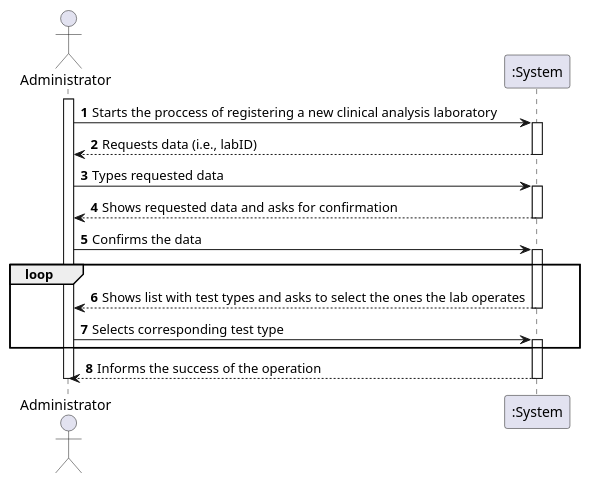
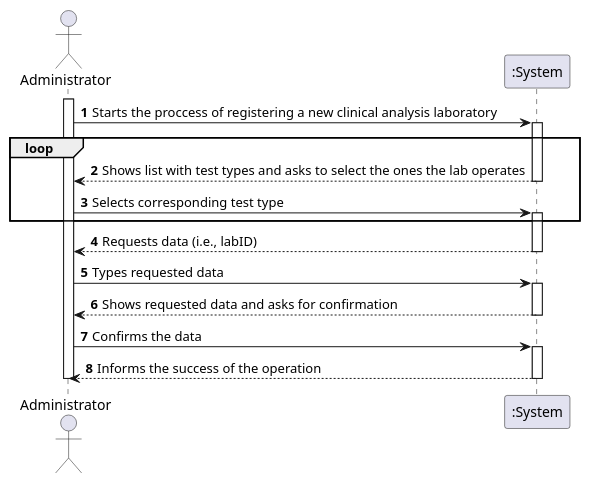
The diagram in docs/SprintB/US08/US8_SSD.puml (0franciscor/lei-21-s2-1de-g19), drawn with PlantUML before and after one commit. The commit also changed other lines of this file and 7 other files, not shown here.

Commit message:
graphics upd8

```diff
--- a/docs/SprintB/US08/US8_SSD.puml
+++ b/docs/SprintB/US08/US8_SSD.puml
@@ -1,37 +1,37 @@
 @startuml
 autonumber
 
 
 actor "Administrator" as ADMIN
 
 participant ":System" as SYST
 
 activate ADMIN
 ADMIN -> SYST : Starts the proccess of registering a new clinical analysis laboratory
 activate SYST
+
+loop
+SYST --> ADMIN : Shows list with test types and asks to select the ones the lab operates
+deactivate SYST
+ADMIN -> SYST : Selects corresponding test type
+activate SYST
+end 
+
 SYST --> ADMIN : Requests data (i.e., labID) 
 deactivate SYST
-
 
 ADMIN -> SYST : Types requested data
 activate SYST
 SYST --> ADMIN : Shows requested data and asks for confirmation
 deactivate SYST
 
 ADMIN -> SYST : Confirms the data
 activate SYST
 
-loop
-SYST --> ADMIN : Shows list with test types and asks to select the ones the lab operates
-deactivate SYST
-
-ADMIN -> SYST : Selects corresponding test type
-activate SYST
-end 
 
 SYST --> ADMIN : Informs the success of the operation
 deactivate SYST
 
 deactivate ADMIN
 
 @enduml
```
